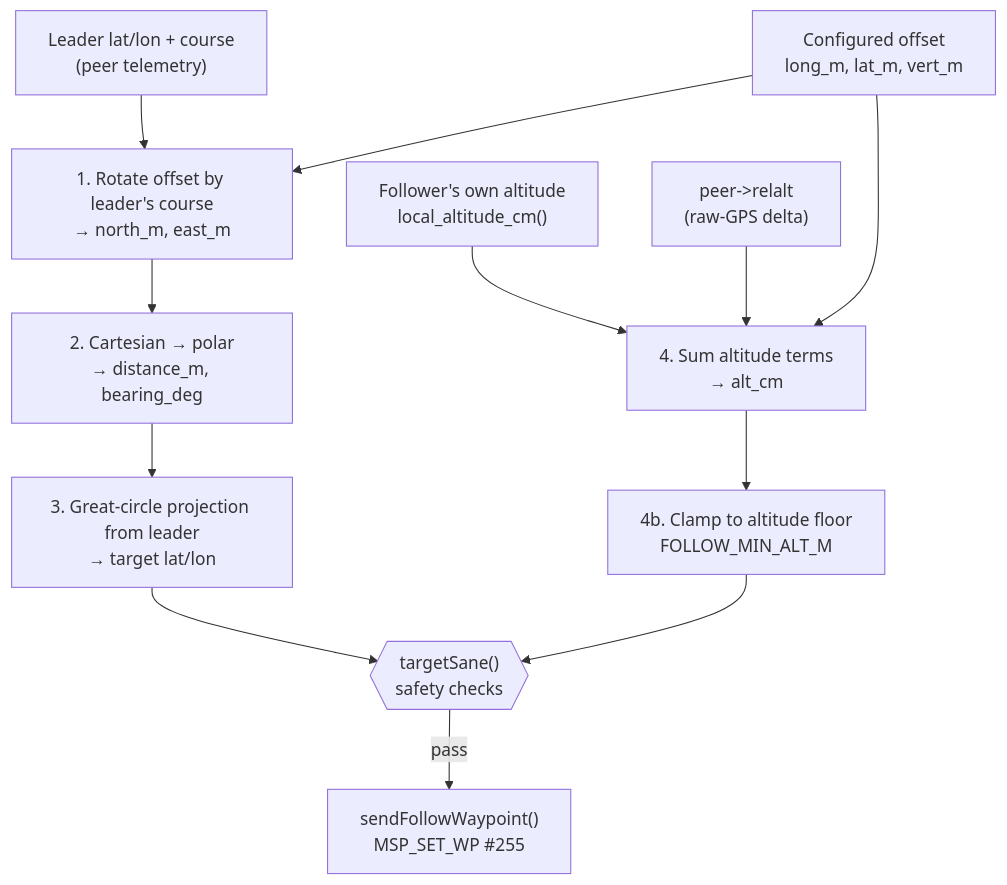
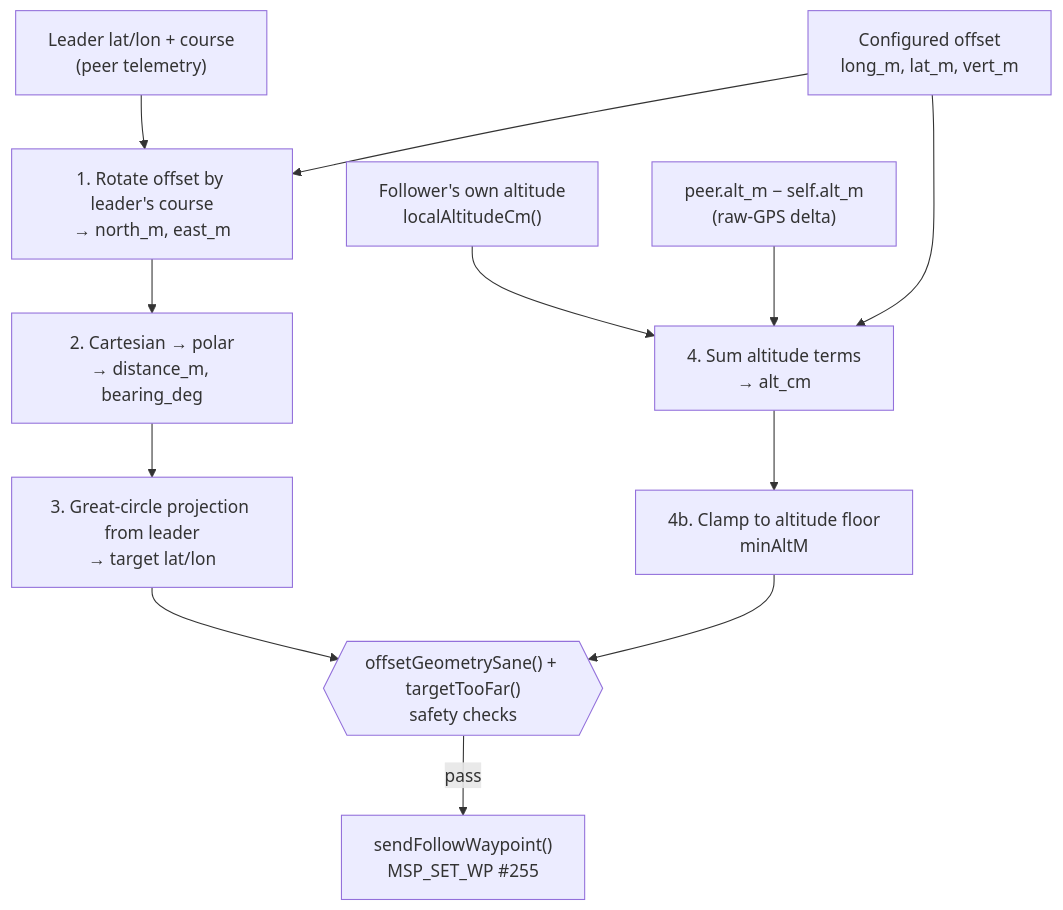
Before and after one commit to FormationFlight/FormationFlight: the diagram in docs/explainers/follow-target-geometry.md, drawn with Mermaid. The commit also changed other lines of this file and 17 other files, not shown here.

````diff
--- a/docs/explainers/follow-target-geometry.md
+++ b/docs/explainers/follow-target-geometry.md
@@ -15,26 +16,26 @@
 ```mermaid
 flowchart TD
     L["Leader lat/lon + course<br/>(peer telemetry)"]
     O["Configured offset<br/>long_m, lat_m, vert_m"]
     S1["1. Rotate offset by leader's course<br/>&rarr; north_m, east_m"]
     S2["2. Cartesian &rarr; polar<br/>&rarr; distance_m, bearing_deg"]
     S3["3. Great-circle projection from leader<br/>&rarr; target lat/lon"]
     S4["4. Sum altitude terms<br/>&rarr; alt_cm"]
-    FL["4b. Clamp to altitude floor<br/>FOLLOW_MIN_ALT_M"]
-    FA["Follower's own altitude<br/>local_altitude_cm()"]
-    RA["peer-&gt;relalt<br/>(raw-GPS delta)"]
-    TS{{"targetSane()<br/>safety checks"}}
+    FL["4b. Clamp to altitude floor<br/>minAltM"]
+    FA["Follower's own altitude<br/>localAltitudeCm()"]
+    RA["peer.alt_m &minus; self.alt_m<br/>(raw-GPS delta)"]
+    TS{{"offsetGeometrySane() + targetTooFar()<br/>safety checks"}}
     WP["sendFollowWaypoint()<br/>MSP_SET_WP #255"]
 
     L --> S1
     O --> S1
     S1 --> S2
     S2 --> S3
     S3 --> TS
     FA --> S4
     RA --> S4
     O --> S4
     S4 --> FL
     FL --> TS
     TS -->|pass| WP
 ```
````
